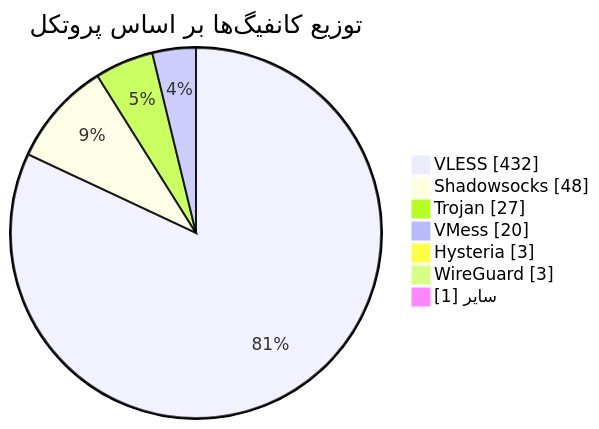
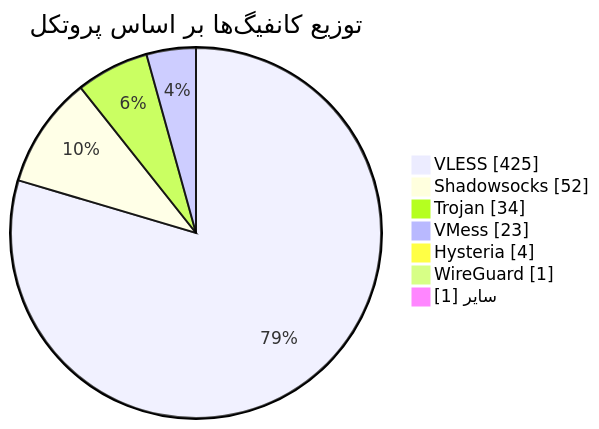
One commit to Arian-Alijani/Somthing changed the diagram in README.md. Above: the diagram before and after it, drawn with Mermaid. The commit also changed other lines of this file and 75 other files, not shown here.

````diff
--- a/README.md
+++ b/README.md
@@ -49,11 +49,11 @@
 ```mermaid
 pie showData
     title توزیع کانفیگ‌ها بر اساس پروتکل
-    "VLESS" : 432
-    "Shadowsocks" : 48
-    "Trojan" : 27
-    "VMess" : 20
-    "Hysteria" : 3
-    "WireGuard" : 3
+    "VLESS" : 425
+    "Shadowsocks" : 52
+    "Trojan" : 34
+    "VMess" : 23
+    "Hysteria" : 4
+    "WireGuard" : 1
     "سایر" : 1
 ```
````
